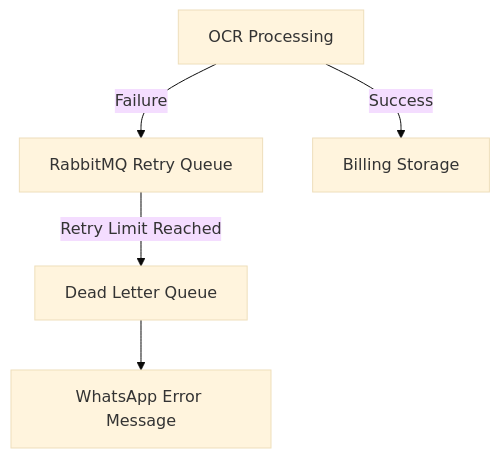
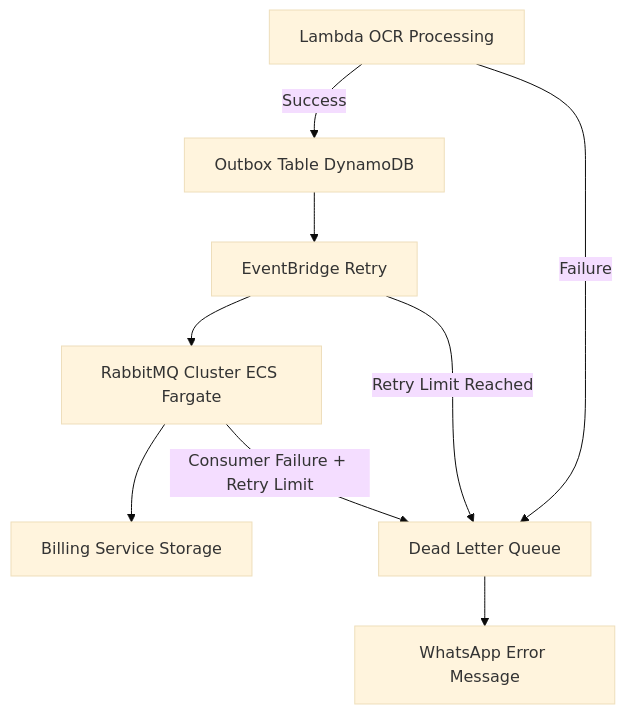
One commit to Mphozazo/Whatsapp-meter-reading-system changed the fifth of 6 diagrams in README.md. Above: the diagram before and after it, drawn with Mermaid (base theme). The commit also changed other lines of this file, not shown here.

````diff
--- a/README.md
+++ b/README.md
@@ -337,12 +337,23 @@
 ```mermaid
 flowchart TD
-    OCR[OCR Processing]
-    Retry[RabbitMQ Retry Queue]
+    OCR[Lambda OCR Processing]
+    Outbox[Outbox Table DynamoDB]
+    EventBridge[EventBridge Retry]
+    RabbitMQ[RabbitMQ Cluster ECS Fargate]
+    Billing[Billing Service Storage]
     DLQ[Dead Letter Queue]
     Notify[WhatsApp Error Message]
 
-    OCR -->|Success| Billing[Billing Storage]
-    OCR -->|Failure| Retry
-    Retry -->|Retry Limit Reached| DLQ
+    %% Success path
+    OCR -->|Success| Outbox
+    Outbox --> EventBridge
+    EventBridge --> RabbitMQ
+    RabbitMQ --> Billing
+
+    %% Failure paths
+    OCR -->|Failure| DLQ
+    EventBridge -->|Retry Limit Reached| DLQ
+    RabbitMQ -->|Consumer Failure + Retry Limit| DLQ
     DLQ --> Notify
+
  ```
````
